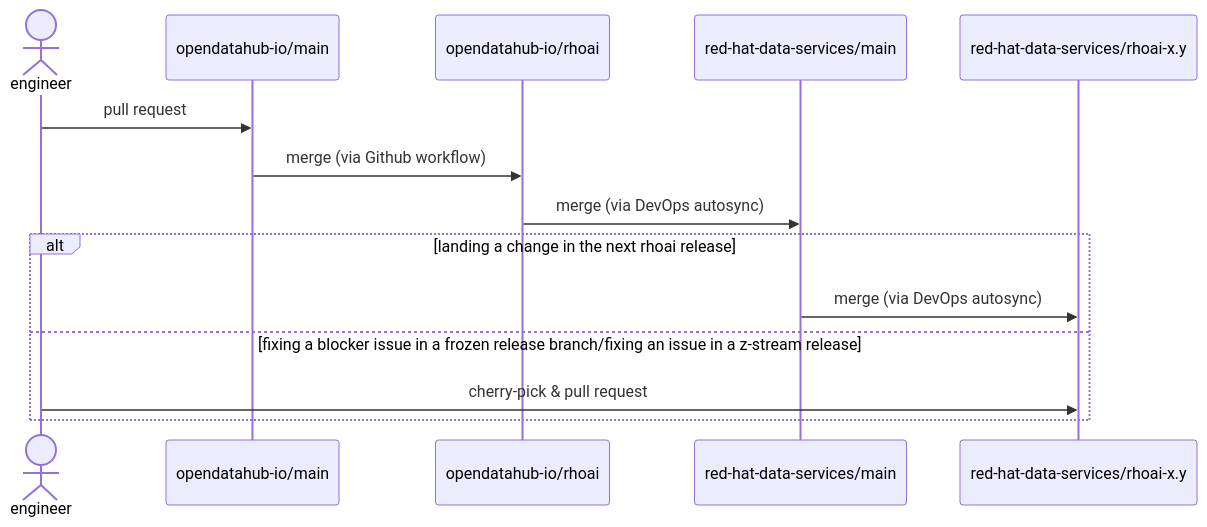
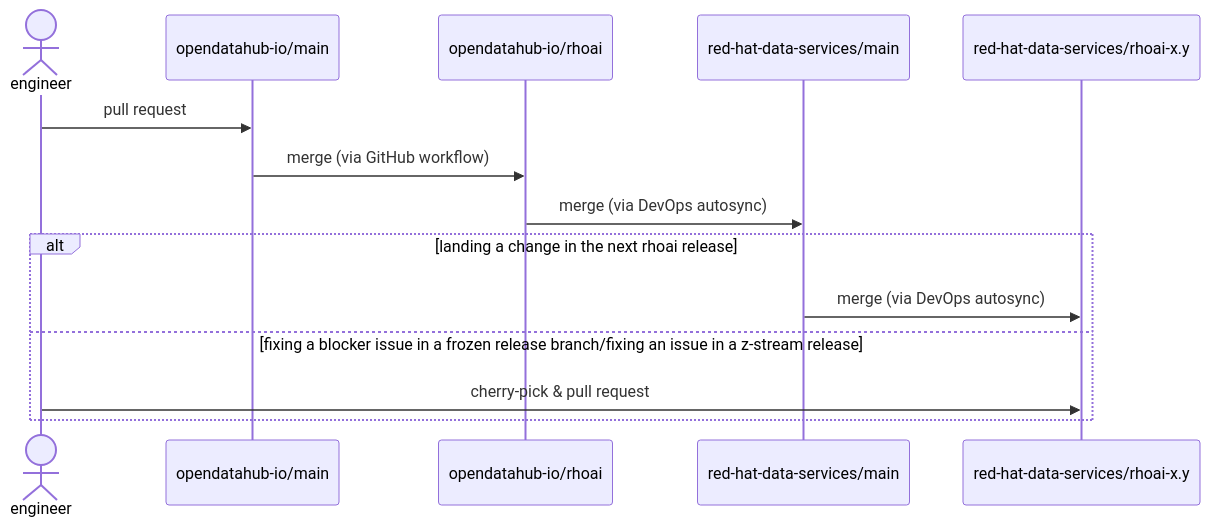
One commit to opendatahub-io/opendatahub-operator changed the second of 2 diagrams in docs/release-workflow-guide.md. Above: the diagram before and after it, drawn with Mermaid.

Commit message:
docs: fix typo

````diff
--- a/docs/release-workflow-guide.md
+++ b/docs/release-workflow-guide.md
@@ -76,17 +76,17 @@
 ```mermaid
 sequenceDiagram
     actor engineer
     participant main as opendatahub-io/main
     participant rhoai as opendatahub-io/rhoai
     participant rhds as red-hat-data-services/main
     participant rhoaixy as red-hat-data-services/rhoai-x.y
 
     engineer ->> main: pull request
-    main ->> rhoai: merge (via Github workflow)
+    main ->> rhoai: merge (via GitHub workflow)
     rhoai ->> rhds: merge (via DevOps autosync)
 alt landing a change in the next rhoai release
     rhds ->> rhoaixy: merge (via DevOps autosync)
 else fixing a blocker issue in a frozen release branch/fixing an issue in a z-stream release
     engineer ->> rhoaixy: cherry-pick & pull request
 end
 ```
````
